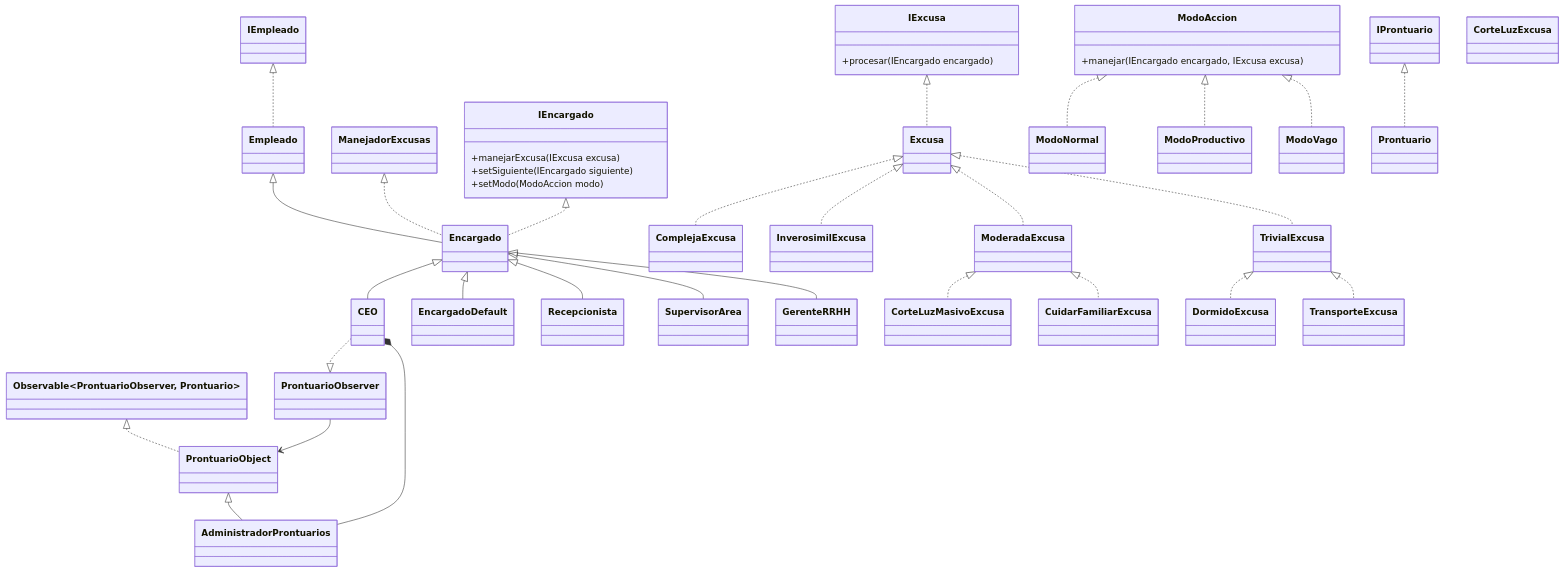
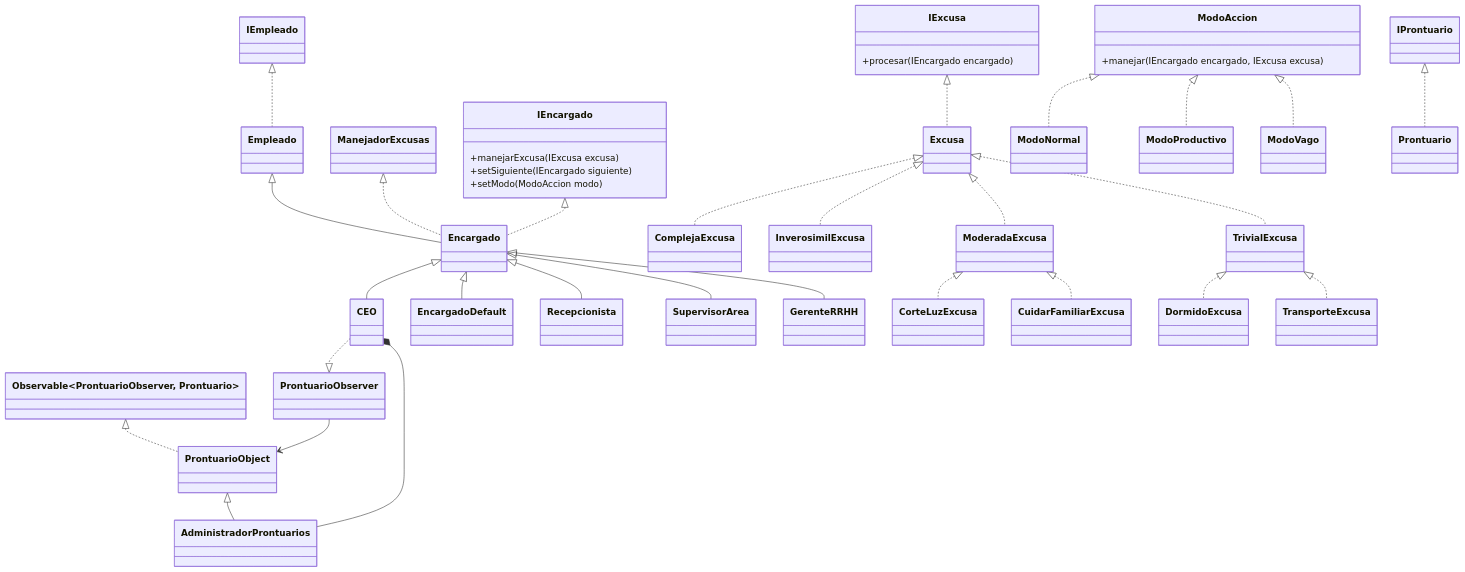
One commit to SantiFalcon59/DisenoSistemas changed the diagram in README.md. Above: the diagram before and after it, drawn with Mermaid. The commit also changed 5 other files, not shown here.

Commit message:
mermaid pdate uml 2

```diff
--- a/README.md
+++ b/README.md
@@ -32,7 +32,6 @@
 	class ModeradaExcusa
 	class TrivialExcusa
 	class CorteLuzExcusa
-	class CorteLuzMasivoExcusa
 	class CuidarFamiliarExcusa
 	class DormidoExcusa
 	class TransporteExcusa
@@ -67,7 +66,7 @@
 	
     TrivialExcusa <|.. DormidoExcusa
     TrivialExcusa <|.. TransporteExcusa
-    ModeradaExcusa <|.. CorteLuzMasivoExcusa
+    ModeradaExcusa <|.. CorteLuzExcusa
     ModeradaExcusa <|.. CuidarFamiliarExcusa
 
     ModoAccion <|.. ModoNormal
```
